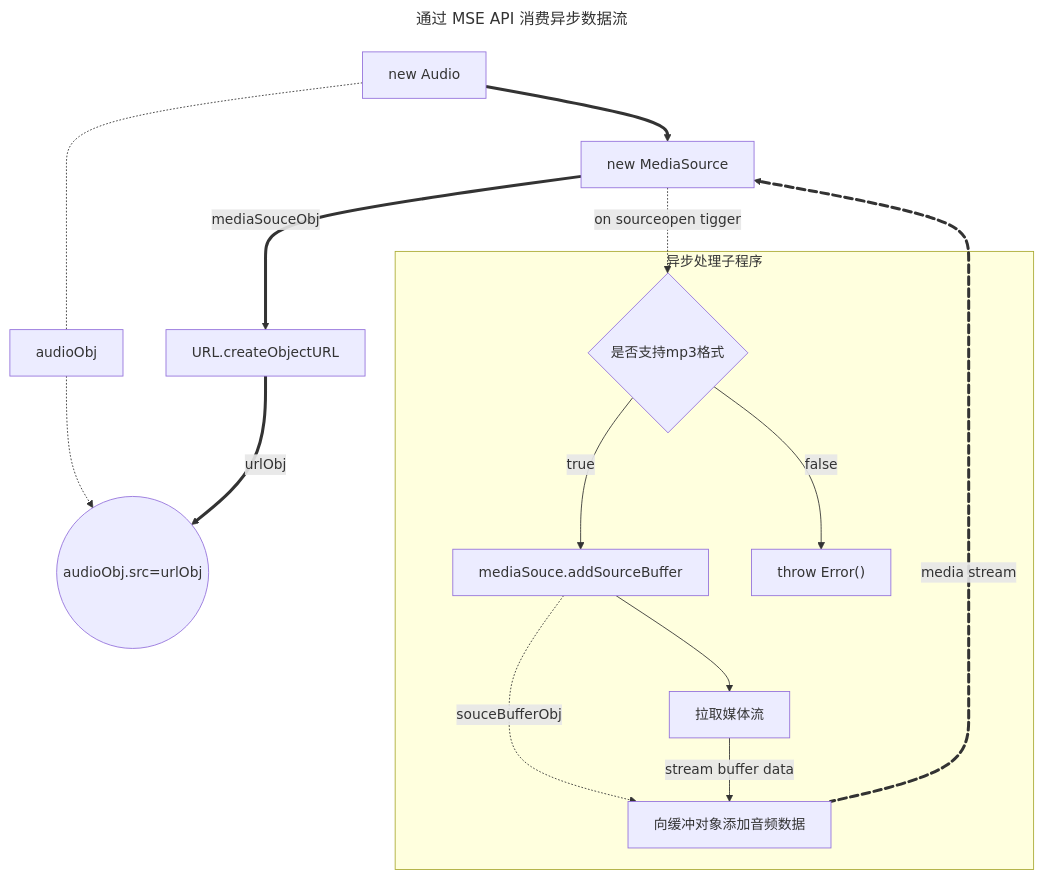
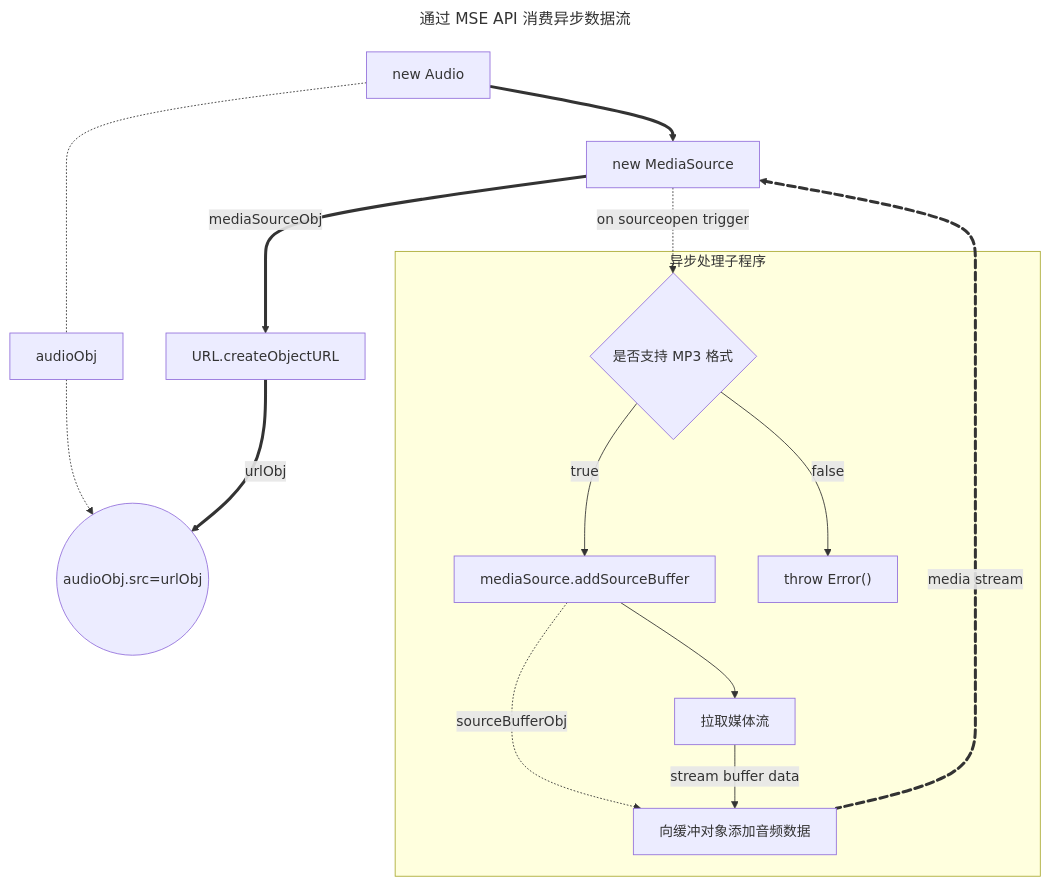
One commit to superAlibi/notes changed the second of 5 diagrams in notes/blogs/web_media/audio_api.md. Above: the diagram before and after it, drawn with Mermaid. The commit also changed other lines of this file, not shown here.

````diff
--- a/notes/blogs/web_media/audio_api.md
+++ b/notes/blogs/web_media/audio_api.md
@@ -243,21 +215,20 @@
 ```mermaid
 ---
 title: 通过 MSE API 消费异步数据流
 ---
 graph TB
   Audio[new Audio]-.- audioObj -.-> out
   Audio==>s
-  s[new MediaSource]==>|mediaSouceObj|URL[URL.createObjectURL]
-  s-.->|on sourceopen tigger|support
+  s[new MediaSource]==>|mediaSourceObj|URL[URL.createObjectURL]
+  s-.->|on sourceopen trigger|support
   URL==>|urlObj| out(("audioObj.src=urlObj"))
   subgraph 异步处理子程序
-    support{"是否支持mp3格式"} -- true --> createBuffer["mediaSouce.addSourceBuffer"]
-    createBuffer-.->|souceBufferObj|pushBuffer
+    support{"是否支持 MP3 格式"} -- true --> createBuffer["mediaSource.addSourceBuffer"]
+    createBuffer-.->|sourceBufferObj|pushBuffer
     createBuffer-->fetchStream[拉取媒体流]
     fetchStream-->|stream buffer data|pushBuffer[向缓冲对象添加音频数据]
     support -- false --> Error["throw Error()"]
-    
   end
   pushBuffer stream@==>|media stream|s
   stream@{ animate: true }
 ```
````
